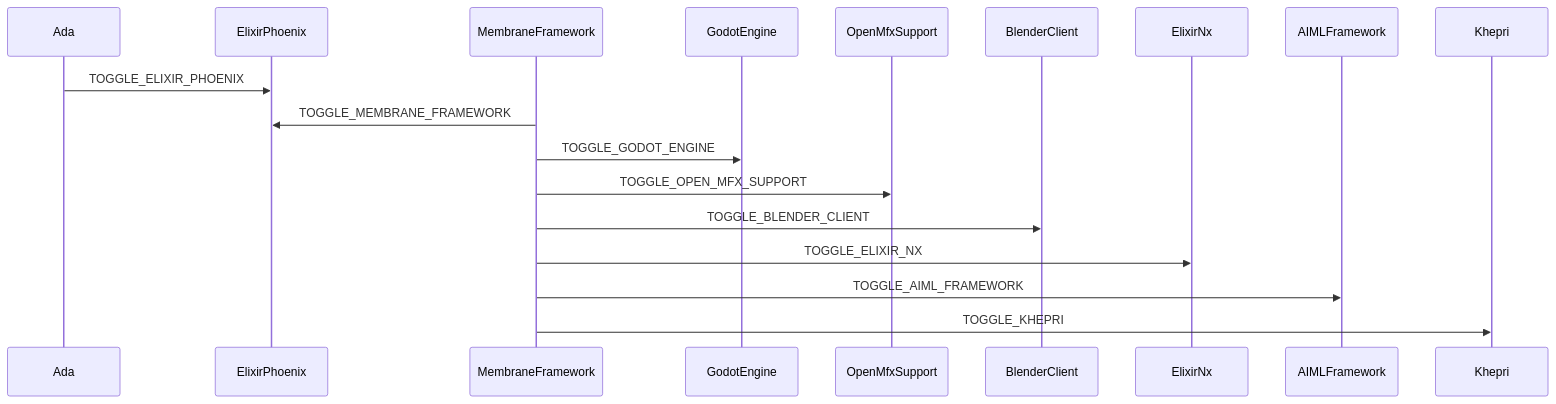
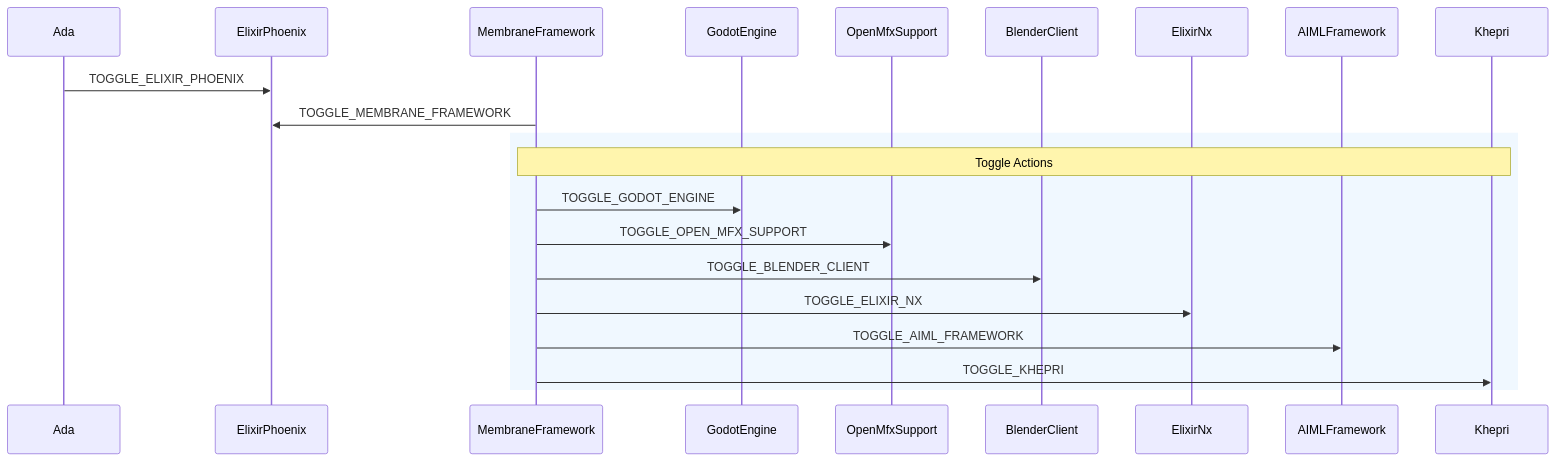
Before and after one commit to V-Sekai/manuals: the diagram in decisions/20230618-membrane-framework-for-mesh-processing.md, drawn with Mermaid.

Commit message:
Group together.

````diff
--- a/decisions/20230618-membrane-framework-for-mesh-processing.md
+++ b/decisions/20230618-membrane-framework-for-mesh-processing.md
@@ -21,23 +21,25 @@
 ```mermaid
 sequenceDiagram
   participant Ada
   participant ElixirPhoenix
   participant MembraneFramework
   participant GodotEngine
   participant OpenMfxSupport
   participant BlenderClient
   participant ElixirNx
   participant AIMLFramework
   participant Khepri
 
   Ada->>ElixirPhoenix: TOGGLE_ELIXIR_PHOENIX
-
   MembraneFramework->>ElixirPhoenix: TOGGLE_MEMBRANE_FRAMEWORK
 
-  MembraneFramework->>GodotEngine: TOGGLE_GODOT_ENGINE
-  MembraneFramework->>OpenMfxSupport: TOGGLE_OPEN_MFX_SUPPORT
-  MembraneFramework->>BlenderClient: TOGGLE_BLENDER_CLIENT
-  MembraneFramework->>ElixirNx: TOGGLE_ELIXIR_NX
-  MembraneFramework->>AIMLFramework: TOGGLE_AIML_FRAMEWORK
-  MembraneFramework->>Khepri: TOGGLE_KHEPRI
+  rect rgb(240, 248, 255)
+    note over MembraneFramework, Khepri: Toggle Actions
+    MembraneFramework->>GodotEngine: TOGGLE_GODOT_ENGINE
+    MembraneFramework->>OpenMfxSupport: TOGGLE_OPEN_MFX_SUPPORT
+    MembraneFramework->>BlenderClient: TOGGLE_BLENDER_CLIENT
+    MembraneFramework->>ElixirNx: TOGGLE_ELIXIR_NX
+    MembraneFramework->>AIMLFramework: TOGGLE_AIML_FRAMEWORK
+    MembraneFramework->>Khepri: TOGGLE_KHEPRI
+  end
 ```
````
